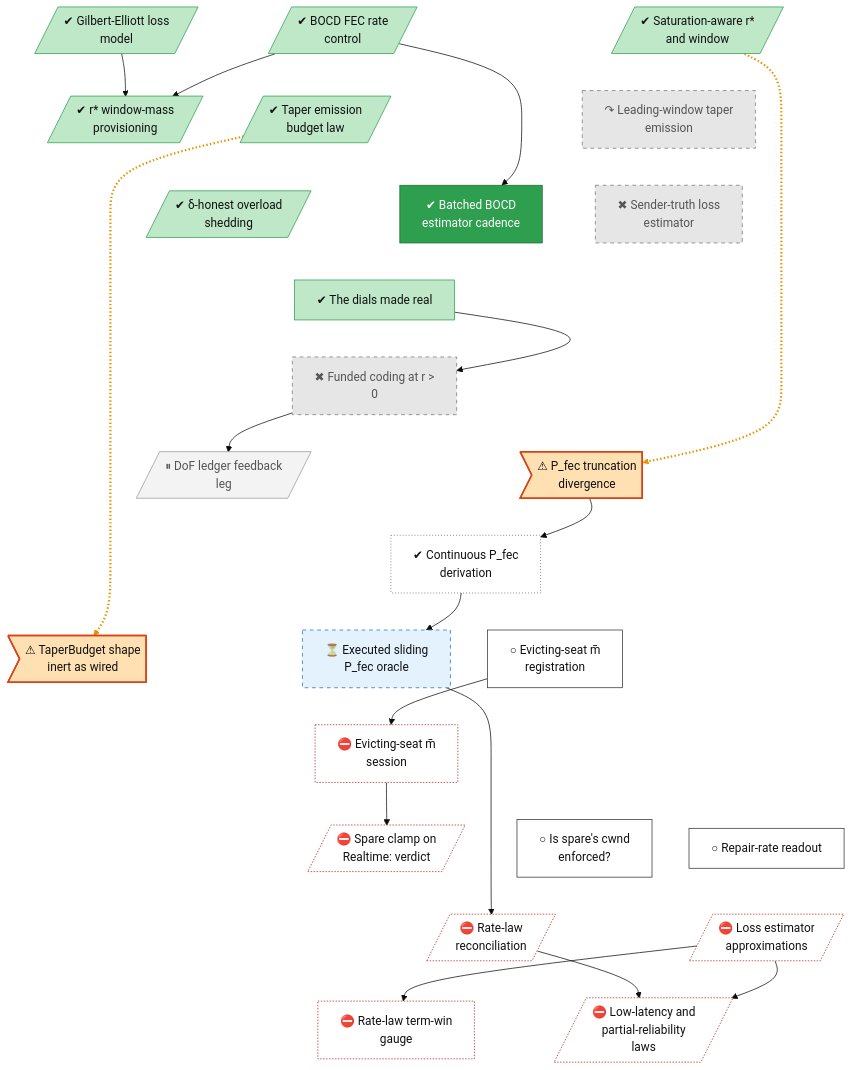
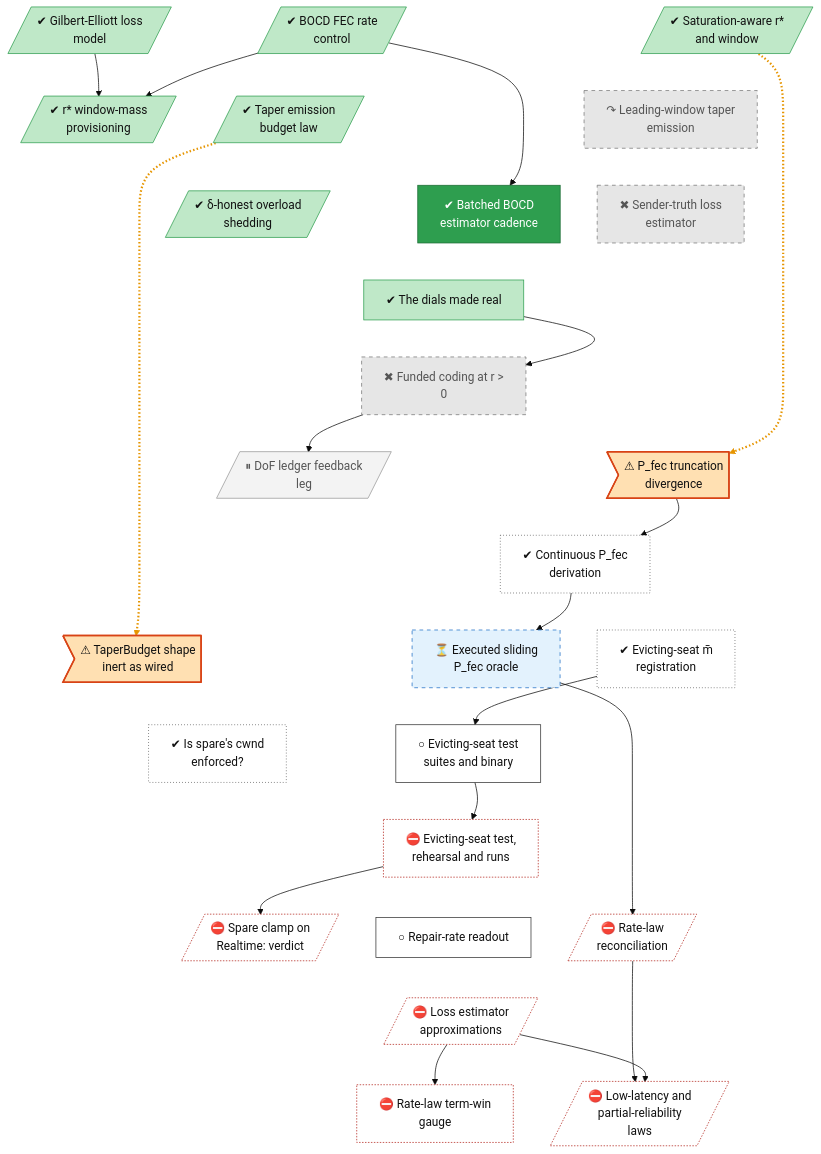
The diagram in docs/roadmap/tracks/rate.md (lhns/raptorpath), drawn with Mermaid (base theme) before and after one commit. The commit also changed other lines of this file and 10 other files, not shown here.

````diff
--- a/docs/roadmap/tracks/rate.md
+++ b/docs/roadmap/tracks/rate.md
@@ -25,10 +25,11 @@
     rate_pfec_continuous["✔ Continuous P_fec<br/>derivation"]
     rate_pfec_oracle["⏳ Executed sliding<br/>P_fec oracle"]
     rate_defect_taper_inert>"⚠ TaperBudget shape<br/>inert as wired"]
-    rate_evict_registration["○ Evicting-seat m̄<br/>registration"]
-    rate_evict_session["⛔ Evicting-seat m̄<br/>session"]
+    rate_evict_registration["✔ Evicting-seat m̄<br/>registration"]
+    rate_spare_cwnd["✔ Is spare's cwnd<br/>enforced?"]
+    rate_evict_epre["○ Evicting-seat test<br/>suites and binary"]
+    rate_evict_session["⛔ Evicting-seat test,<br/>rehearsal and runs"]
     rate_spare_clamp_verdict[/"⛔ Spare clamp on<br/>Realtime: verdict"/]
-    rate_spare_cwnd["○ Is spare's cwnd<br/>enforced?"]
     rate_fix_rate_readout["○ Repair-rate readout"]
     rate_law_reconcile[/"⛔ Rate-law<br/>reconciliation"/]
     rate_fix_estimators[/"⛔ Loss estimator<br/>approximations"/]
@@ -51,16 +52,18 @@
     rate_pfec_continuous ~~~ rate_pfec_oracle
     rate_pfec_continuous ~~~ rate_defect_taper_inert
     rate_pfec_continuous ~~~ rate_evict_registration
-    rate_pfec_oracle ~~~ rate_evict_session
-    rate_defect_taper_inert ~~~ rate_evict_session
-    rate_evict_registration ~~~ rate_evict_session
+    rate_pfec_oracle ~~~ rate_spare_cwnd
+    rate_defect_taper_inert ~~~ rate_evict_epre
+    rate_evict_registration ~~~ rate_evict_epre
+    rate_spare_cwnd ~~~ rate_evict_session
+    rate_evict_epre ~~~ rate_evict_session
     rate_evict_session ~~~ rate_spare_clamp_verdict
-    rate_evict_session ~~~ rate_spare_cwnd
     rate_evict_session ~~~ rate_fix_rate_readout
-    rate_spare_clamp_verdict ~~~ rate_law_reconcile
-    rate_spare_cwnd ~~~ rate_fix_estimators
+    rate_evict_session ~~~ rate_law_reconcile
+    rate_spare_clamp_verdict ~~~ rate_fix_estimators
     rate_fix_rate_readout ~~~ rate_fix_estimators
-    rate_law_reconcile ~~~ rate_fix_term_gauge
+    rate_law_reconcile ~~~ rate_fix_estimators
+    rate_fix_estimators ~~~ rate_fix_term_gauge
     rate_fix_estimators ~~~ rate_fix_rho_realtime
     rate_saturation_rstar -.-> rate_defect_pfec
     rate_ge_hmm --> rate_rstar_window_mass
@@ -71,13 +74,14 @@
     rate_r_battery --> rate_dof_ledger
     rate_defect_pfec --> rate_pfec_continuous
     rate_pfec_continuous --> rate_pfec_oracle
-    rate_evict_registration --> rate_evict_session
+    rate_evict_registration --> rate_evict_epre
+    rate_evict_epre --> rate_evict_session
     rate_evict_session --> rate_spare_clamp_verdict
     rate_pfec_oracle --> rate_law_reconcile
     rate_fix_estimators --> rate_fix_term_gauge
     rate_law_reconcile --> rate_fix_rho_realtime
     rate_fix_estimators --> rate_fix_rho_realtime
-    linkStyle 28,31 stroke:#e69500,stroke-width:3px,stroke-dasharray:2 3
+    linkStyle 30,33 stroke:#e69500,stroke-width:3px,stroke-dasharray:2 3
     classDef vsucc fill:#2e9e4f,stroke:#1b6b34,color:#fff
     classDef succ fill:#bfe8c8,stroke:#2e9e4f,color:#111
     classDef mixed fill:#ffd37a,stroke:#c98a00,color:#111
@@ -96,8 +100,8 @@
     class rate_est_cadence vsucc
     class rate_dof_ledger parked
     class rate_defect_pfec,rate_defect_taper_inert defect
-    class rate_pfec_continuous unrated
+    class rate_pfec_continuous,rate_evict_registration,rate_spare_cwnd unrated
     class rate_pfec_oracle waiting
-    class rate_evict_registration,rate_spare_cwnd,rate_fix_rate_readout next
+    class rate_evict_epre,rate_fix_rate_readout next
     class rate_evict_session,rate_spare_clamp_verdict,rate_law_reconcile,rate_fix_estimators,rate_fix_term_gauge,rate_fix_rho_realtime blocked
 ```
````
